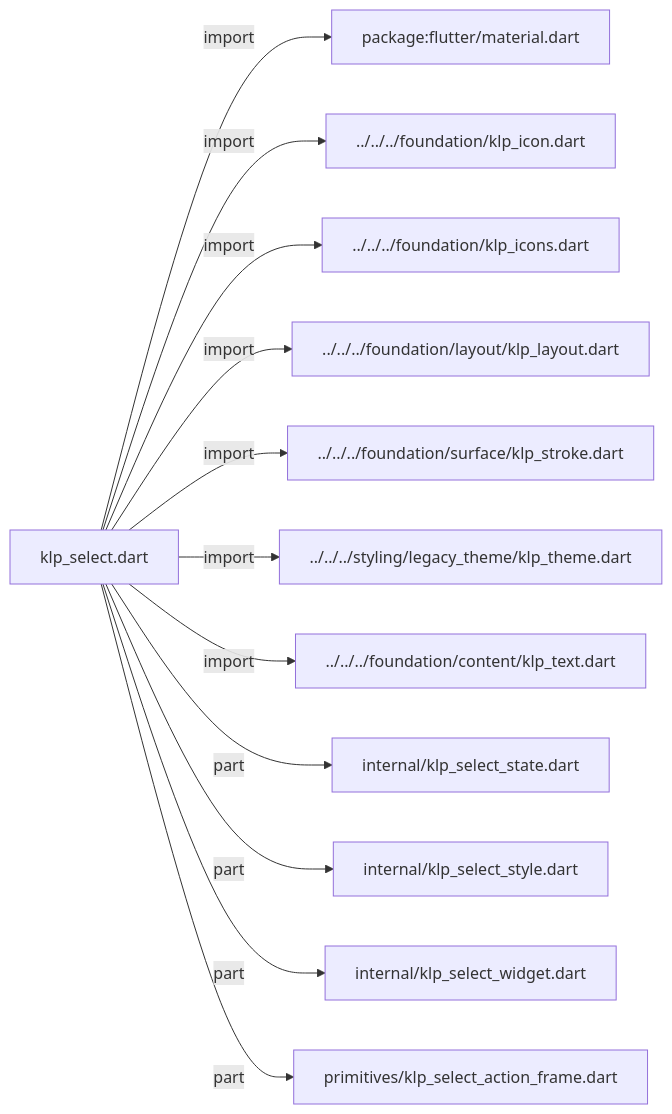
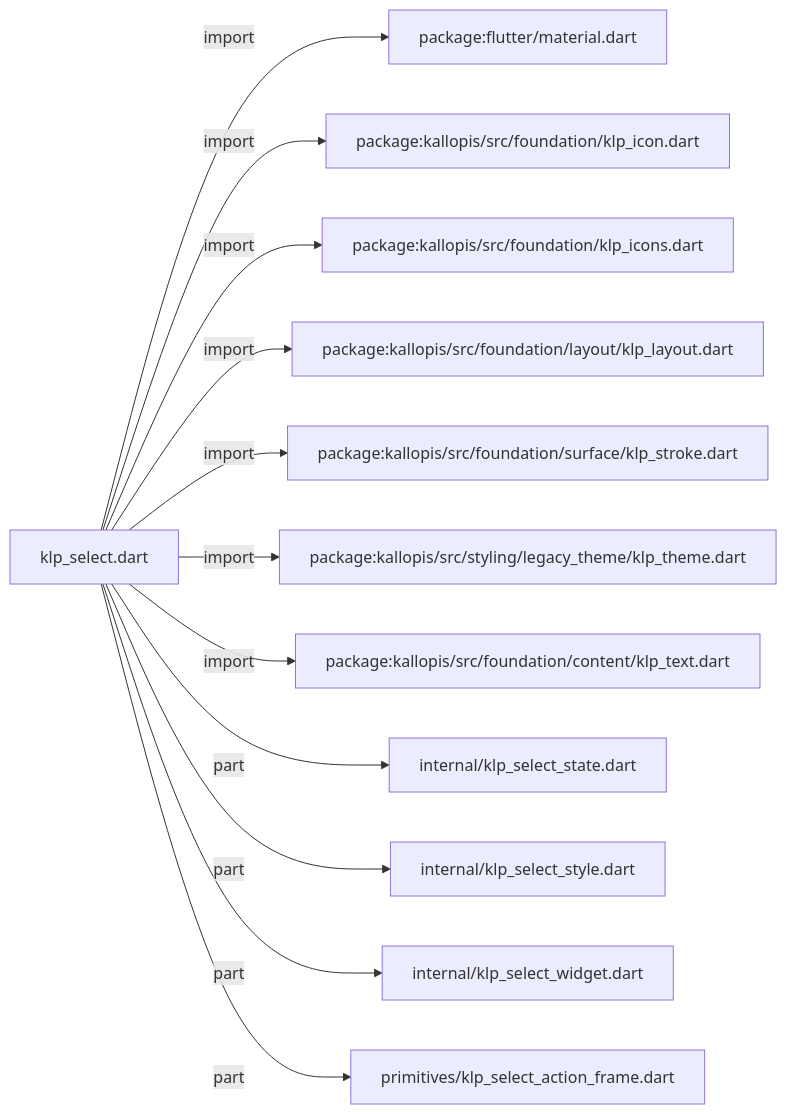
One commit to MiuDog/Kallopis changed the diagram in docs/architecture/src/features/forms/selection/klp_select.md. Above: the diagram before and after it, drawn with Mermaid. The commit also changed other lines of this file and 9688 other files, not shown here.

Commit message:
Prepare isolated Flow F2 peer baseline

````diff
--- a/docs/architecture/src/features/forms/selection/klp_select.md
+++ b/docs/architecture/src/features/forms/selection/klp_select.md
@@ -11,26 +11,26 @@
 ```mermaid
 flowchart LR
 	n0["klp_select.dart"]
 	n1["package:flutter/material.dart"]
-	n2["../../../foundation/klp_icon.dart"]
-	n3["../../../foundation/klp_icons.dart"]
-	n4["../../../foundation/layout/klp_layout.dart"]
-	n5["../../../foundation/surface/klp_stroke.dart"]
-	n6["../../../styling/legacy_theme/klp_theme.dart"]
-	n7["../../../foundation/content/klp_text.dart"]
+	n2["package:kallopis/src/foundation/klp_icon.dart"]
+	n3["package:kallopis/src/foundation/klp_icons.dart"]
+	n4["package:kallopis/src/foundation/layout/klp_layout.dart"]
+	n5["package:kallopis/src/foundation/surface/klp_stroke.dart"]
+	n6["package:kallopis/src/styling/legacy_theme/klp_theme.dart"]
+	n7["package:kallopis/src/foundation/content/klp_text.dart"]
 	n8["internal/klp_select_state.dart"]
 	n9["internal/klp_select_style.dart"]
 	n10["internal/klp_select_widget.dart"]
 	n11["primitives/klp_select_action_frame.dart"]
 	n0 -->|"import"| n1
 	n0 -->|"import"| n2
 	n0 -->|"import"| n3
 	n0 -->|"import"| n4
 	n0 -->|"import"| n5
 	n0 -->|"import"| n6
 	n0 -->|"import"| n7
 	n0 -->|"part"| n8
 	n0 -->|"part"| n9
 	n0 -->|"part"| n10
 	n0 -->|"part"| n11
 ```
````
